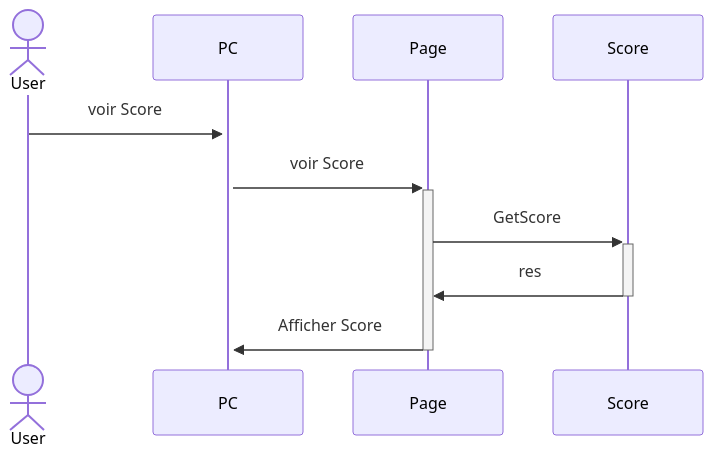
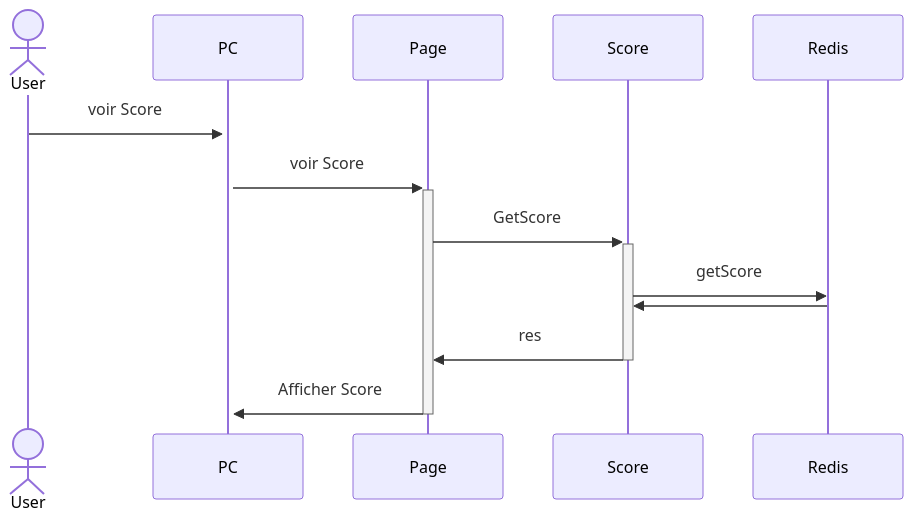
One commit to PMootz/Motus changed the third of 4 diagrams in README.md. Above: the diagram before and after it, drawn with Mermaid. The commit also changed other lines of this file, not shown here.

````diff
--- a/README.md
+++ b/README.md
@@ -74,9 +78,11 @@
  ```mermaid
 sequenceDiagram
 actor User
     User->>+PC : voir Score
     PC->>+Page : voir Score 
     Page->>+Score : GetScore
+    Score->>Redis : getScore
+    Redis->>Score : 
     Score->>-Page : res
     Page->>-PC : Afficher Score
 ```
````
